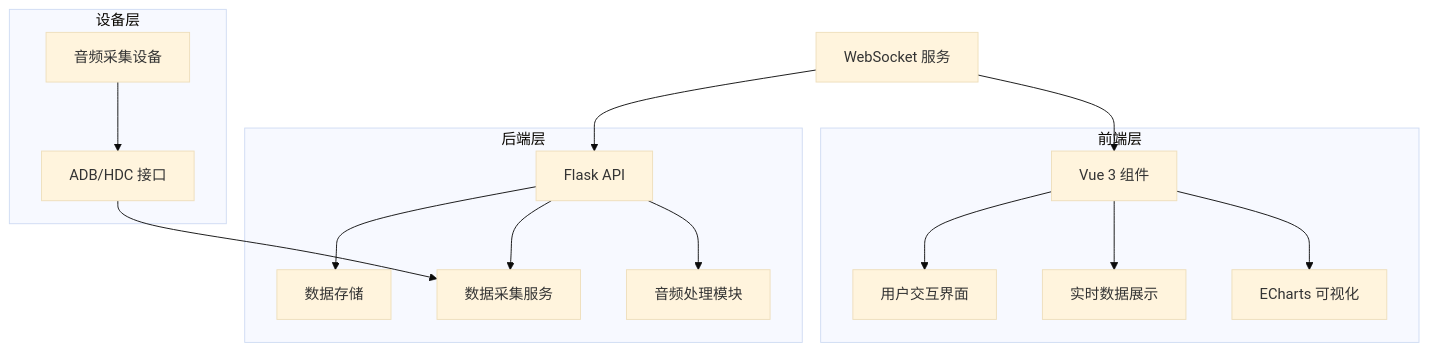
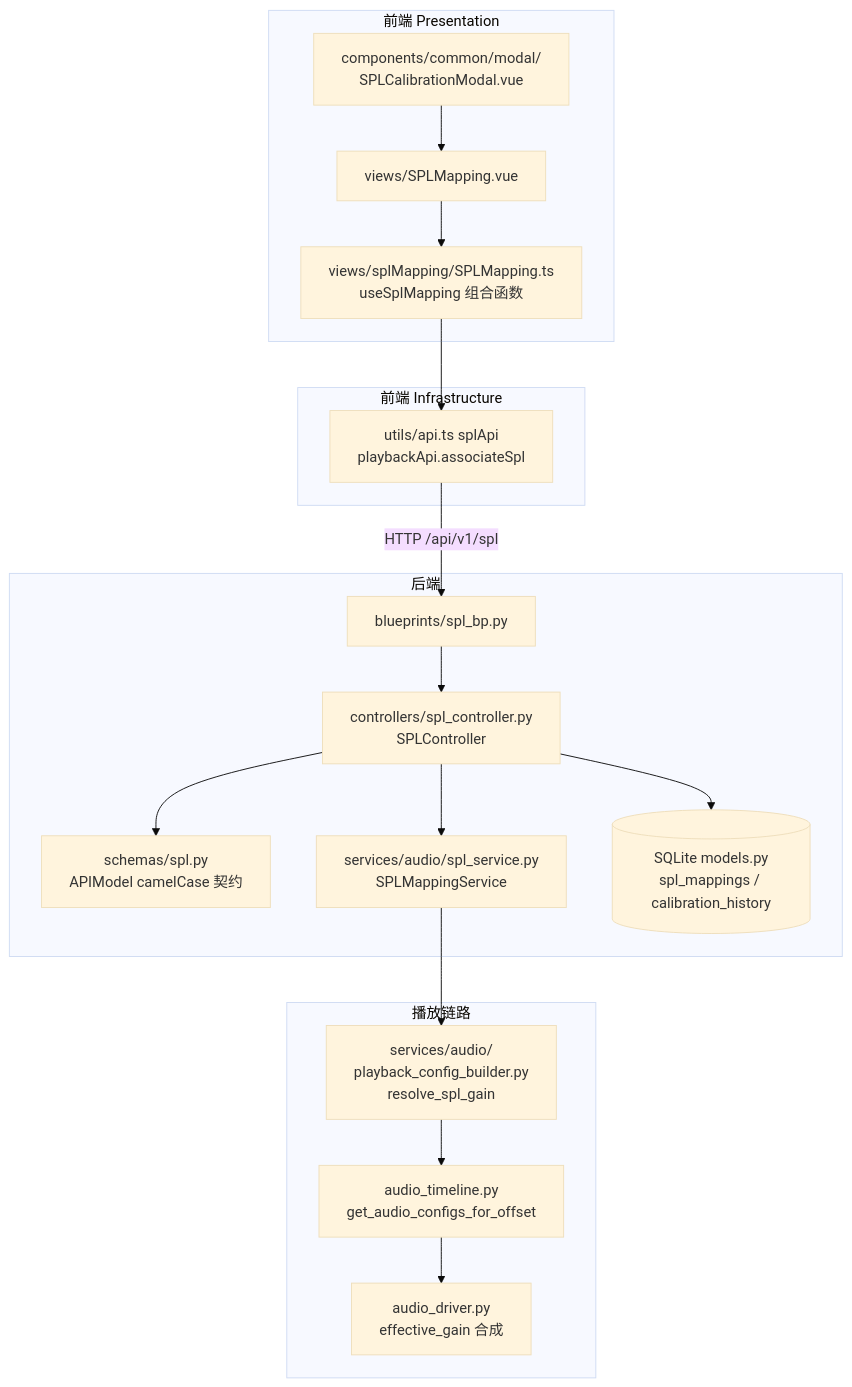
One commit to ydz-auto/intelligent_audio_test changed the diagram in Intelligent-Audio-TEST/doc/功能设计文档/09_声压级映射/声压级映射功能设计文档.md. Above: the diagram before and after it, drawn with Mermaid (base theme). The commit also changed other lines of this file and 92 other files, not shown here.

````diff
--- a/Intelligent-Audio-TEST/doc/功能设计文档/09_声压级映射/声压级映射功能设计文档.md
+++ b/Intelligent-Audio-TEST/doc/功能设计文档/09_声压级映射/声压级映射功能设计文档.md
@@ -21,22 +34,25 @@
 ```mermaid
 flowchart TD
-    subgraph 前端层
-        A[Vue 3 组件] --> B[ECharts 可视化]
-        A --> C[实时数据展示]
-        A --> D[用户交互界面]
+    subgraph 前端 Presentation
+        A[views/SPLMapping.vue] --> B[views/splMapping/SPLMapping.ts<br/>useSplMapping 组合函数]
+        C[components/common/modal/<br/>SPLCalibrationModal.vue] --> A
     end
-    
-    subgraph 后端层
-        E[Flask API] --> F[音频处理模块]
-        E --> G[数据采集服务]
-        E --> H[数据存储]
+
+    subgraph 前端 Infrastructure
+        B --> D[utils/api.ts splApi<br/>playbackApi.associateSpl]
     end
-    
-    subgraph 设备层
-        I[音频采集设备] --> J[ADB/HDC 接口]
-        J --> G
+
+    subgraph 后端
+        D -->|HTTP /api/v1/spl| E[blueprints/spl_bp.py]
+        E --> F[controllers/spl_controller.py<br/>SPLController]
+        F --> G[schemas/spl.py<br/>APIModel camelCase 契约]
+        F --> H[services/audio/spl_service.py<br/>SPLMappingService]
+        F --> I[(SQLite models.py<br/>spl_mappings / calibration_history)]
     end
-    
-    K[WebSocket 服务] --> A
-    K --> E
+
+    subgraph 播放链路
+        H --> J[services/audio/<br/>playback_config_builder.py<br/>resolve_spl_gain]
+        J --> K[audio_timeline.py<br/>get_audio_configs_for_offset]
+        K --> L[audio_driver.py<br/>effective_gain 合成]
+    end
 ```
````
